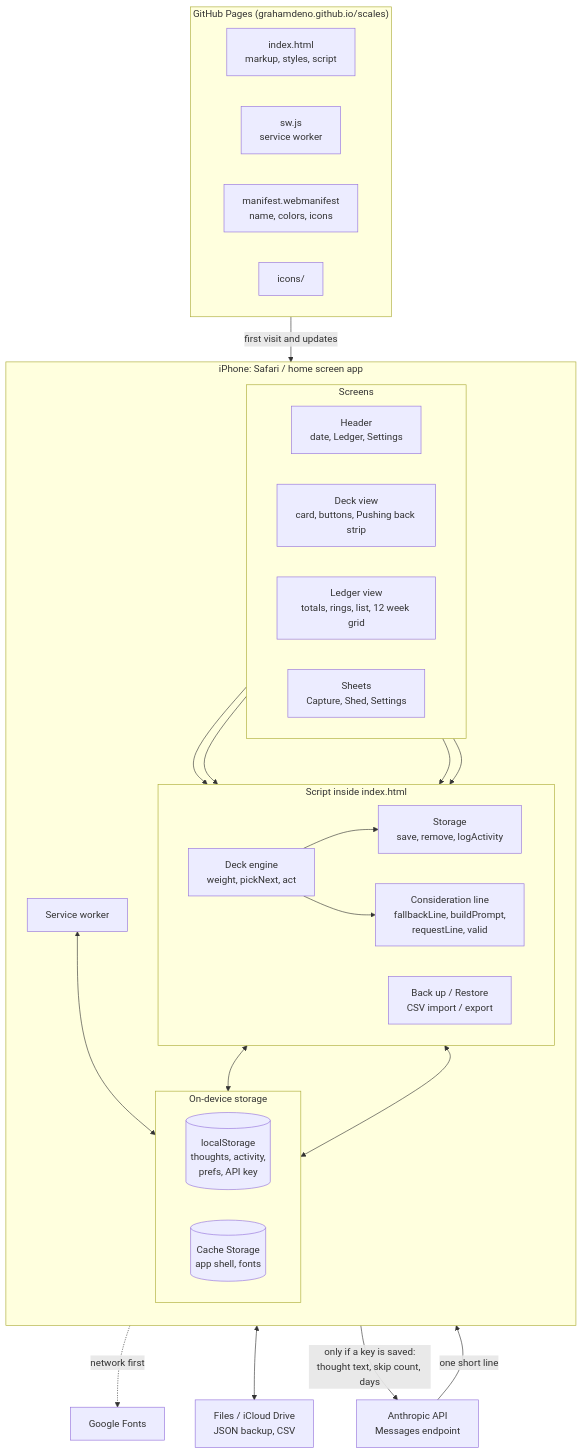
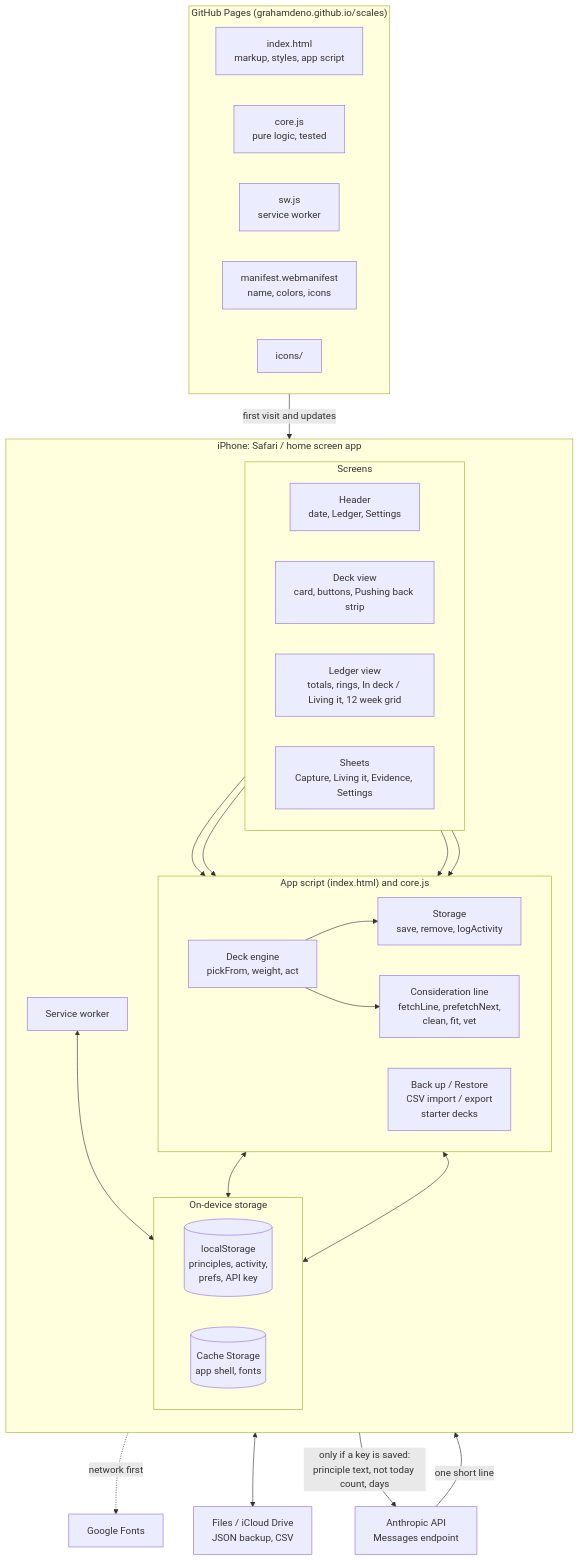
The first of 3 diagrams in docs/ARCHITECTURE.md (grahamdeno/scales), drawn with Mermaid before and after one commit. The commit also changed other lines of this file and 9 other files, not shown here.

````diff
--- a/docs/ARCHITECTURE.md
+++ b/docs/ARCHITECTURE.md
@@ -7,58 +16,59 @@
 ```mermaid
 flowchart TB
     subgraph host["GitHub Pages (grahamdeno.github.io/scales)"]
         direction LR
-        html["index.html<br/>markup, styles, script"]
+        html["index.html<br/>markup, styles, app script"]
+        corefile["core.js<br/>pure logic, tested"]
         swfile["sw.js<br/>service worker"]
         mani["manifest.webmanifest<br/>name, colors, icons"]
         icons["icons/"]
     end
 
     subgraph phone["iPhone: Safari / home screen app"]
         direction TB
 
         subgraph ui["Screens"]
             direction LR
             header["Header<br/>date, Ledger, Settings"]
             deck["Deck view<br/>card, buttons, Pushing back strip"]
-            ledger["Ledger view<br/>totals, rings, list, 12 week grid"]
-            sheets["Sheets<br/>Capture, Shed, Settings"]
+            ledger["Ledger view<br/>totals, rings, In deck / Living it, 12 week grid"]
+            sheets["Sheets<br/>Capture, Living it, Evidence, Settings"]
         end
 
-        subgraph logic["Script inside index.html"]
+        subgraph logic["App script (index.html) and core.js"]
             direction LR
-            engine["Deck engine<br/>weight, pickNext, act"]
-            line["Consideration line<br/>fallbackLine, buildPrompt,<br/>requestLine, valid"]
+            engine["Deck engine<br/>pickFrom, weight, act"]
+            line["Consideration line<br/>fetchLine, prefetchNext,<br/>clean, fit, vet"]
             store["Storage<br/>save, remove, logActivity"]
-            io["Back up / Restore<br/>CSV import / export"]
+            io["Back up / Restore<br/>CSV import / export<br/>starter decks"]
         end
 
         subgraph device["On-device storage"]
             direction LR
-            ls[("localStorage<br/>thoughts, activity,<br/>prefs, API key")]
+            ls[("localStorage<br/>principles, activity,<br/>prefs, API key")]
             cache[("Cache Storage<br/>app shell, fonts")]
         end
 
         sw["Service worker"]
     end
 
     fonts["Google Fonts"]
     api["Anthropic API<br/>Messages endpoint"]
     files["Files / iCloud Drive<br/>JSON backup, CSV"]
 
     host -- "first visit and updates" --> sw
     sw <--> cache
     sw -.->|network first| fonts
 
     deck --> engine
     sheets --> engine
     sheets --> io
     engine --> store
     engine --> line
     ledger --> store
     store <--> ls
     io <--> ls
     io <--> files
-    line -- "only if a key is saved:<br/>thought text, skip count, days" --> api
+    line -- "only if a key is saved:<br/>principle text, not today count, days" --> api
     api -- "one short line" --> line
 ```
````
